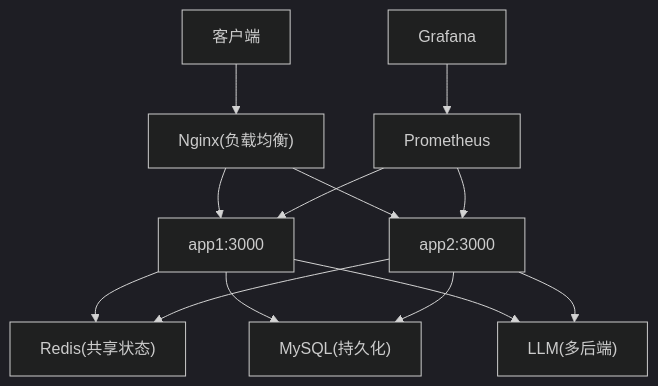
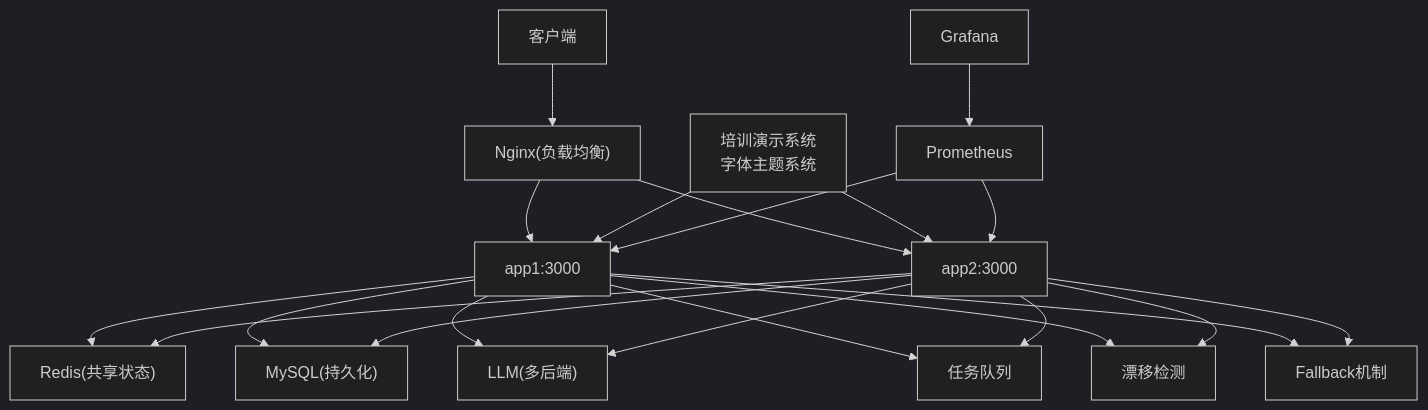
Diagram 17 of 17 in .qoder/repowiki/zh/content/项目概述/技术架构概览.md (dgjin/smart-data-analytics), drawn with Mermaid (dark theme) before and after one commit. The commit also changed other lines of this file and 100 other files, not shown here.

````diff
--- a/.qoder/repowiki/zh/content/项目概述/技术架构概览.md
+++ b/.qoder/repowiki/zh/content/项目概述/技术架构概览.md
@@ -408,15 +750,23 @@
 ```mermaid
 graph TB
 Client["客户端"] --> Nginx["Nginx(负载均衡)"]
 Nginx --> App1["app1:3000"]
 Nginx --> App2["app2:3000"]
 App1 --> Redis["Redis(共享状态)"]
 App2 --> Redis
 App1 --> MySQL["MySQL(持久化)"]
 App2 --> MySQL
 App1 --> LLMs["LLM(多后端)"]
 App2 --> LLMs
+App1 --> TaskQueue["任务队列"]
+App2 --> TaskQueue
+App1 --> Drift["漂移检测"]
+App2 --> Drift
+App1 --> Fallback["Fallback机制"]
+App2 --> Fallback
+Training["培训演示系统<br/>字体主题系统"] --> App1
+Training --> App2
 Prometheus["Prometheus"] --> App1
 Prometheus --> App2
 Grafana["Grafana"] --> Prometheus
 ```
````
